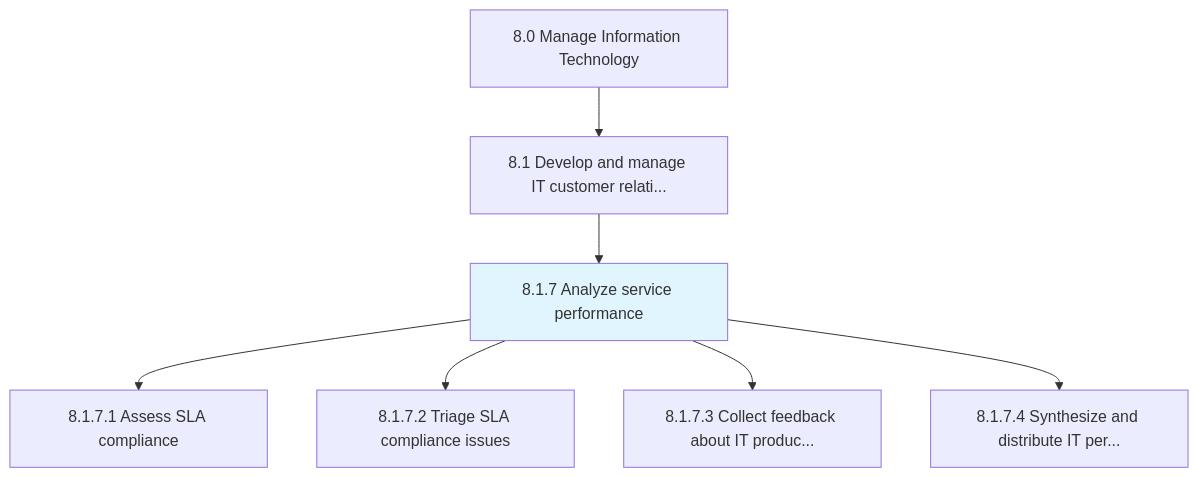
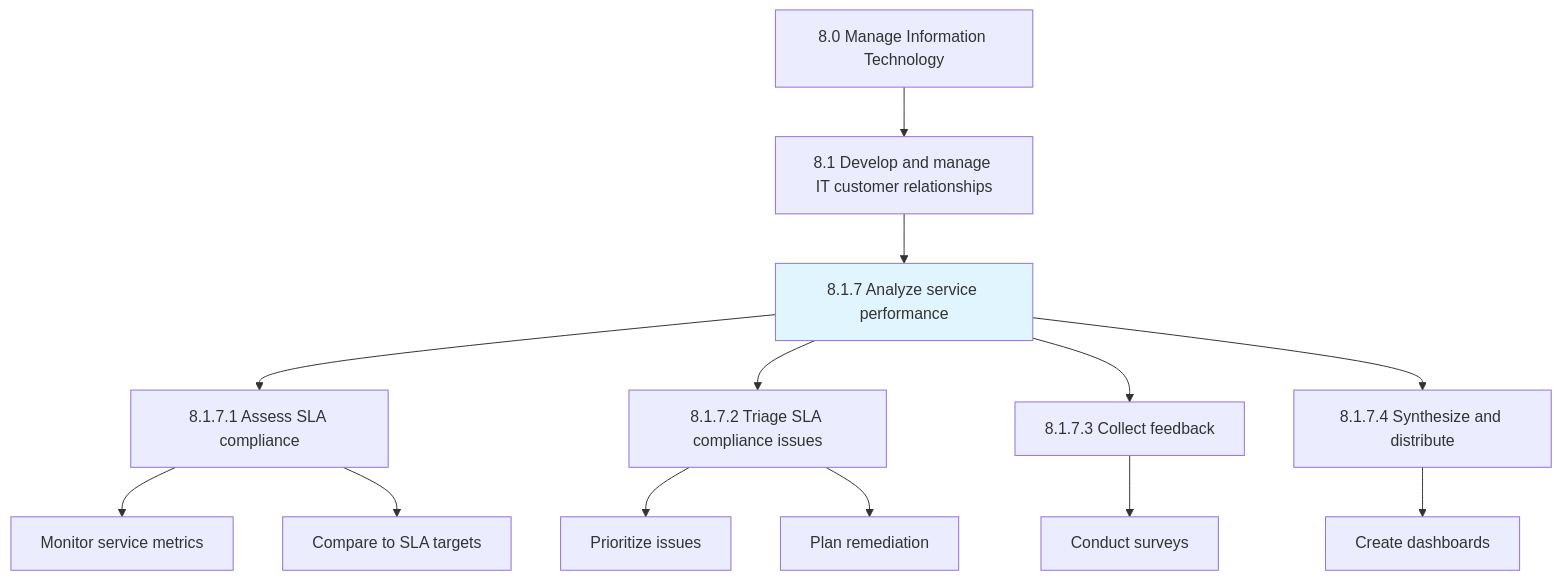
The first of 3 diagrams in processes/08-IT/8.1-DevelopManageITCustomer/8.1.7-AnalyzeServicePerformance/index.mdx (kziemski/business.org.ai), drawn with Mermaid before and after one commit. The commit also changed other lines of this file and 67 other files, not shown here.

````diff
--- a/processes/08-IT/8.1-DevelopManageITCustomer/8.1.7-AnalyzeServicePerformance/index.mdx
+++ b/processes/08-IT/8.1-DevelopManageITCustomer/8.1.7-AnalyzeServicePerformance/index.mdx
@@ -25,11 +27,18 @@
 ```mermaid
 graph TD
     C8["8.0 Manage Information Technology"]
-    C8 --> N8_1["8.1 Develop and manage IT customer relati..."]
+    C8 --> N8_1["8.1 Develop and manage IT customer relationships"]
     N8_1 --> N8_1_7["8.1.7 Analyze service performance"]
     style N8_1_7 fill:#e1f5fe
     N8_1_7 --> N8_1_7_1["8.1.7.1 Assess SLA compliance"]
     N8_1_7 --> N8_1_7_2["8.1.7.2 Triage SLA compliance issues"]
-    N8_1_7 --> N8_1_7_3["8.1.7.3 Collect feedback about IT produc..."]
-    N8_1_7 --> N8_1_7_4["8.1.7.4 Synthesize and distribute IT per..."]
+    N8_1_7 --> N8_1_7_3["8.1.7.3 Collect feedback"]
+    N8_1_7 --> N8_1_7_4["8.1.7.4 Synthesize and distribute"]
+
+    N8_1_7_1 --> A1["Monitor service metrics"]
+    N8_1_7_1 --> A2["Compare to SLA targets"]
+    N8_1_7_2 --> A3["Prioritize issues"]
+    N8_1_7_2 --> A4["Plan remediation"]
+    N8_1_7_3 --> A5["Conduct surveys"]
+    N8_1_7_4 --> A6["Create dashboards"]
 ```
````
